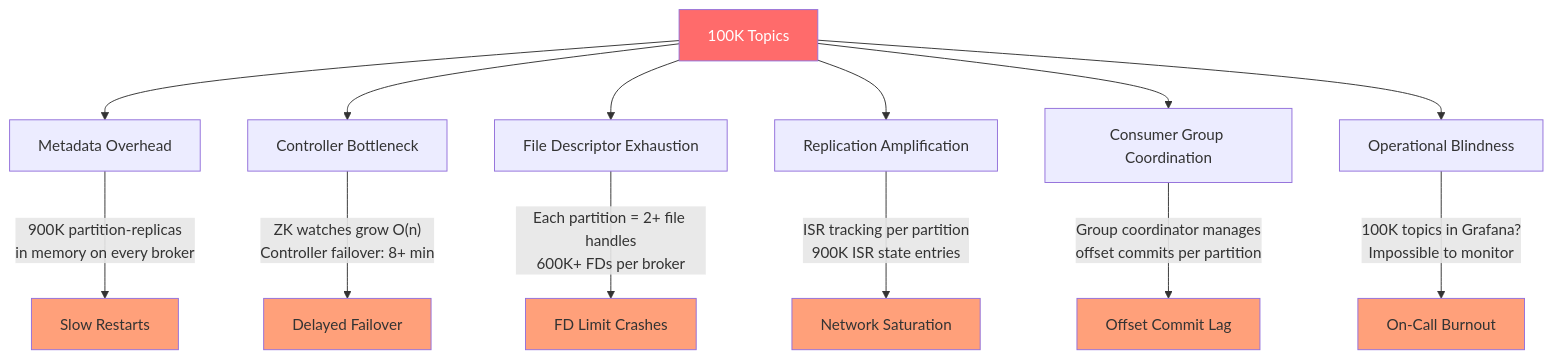
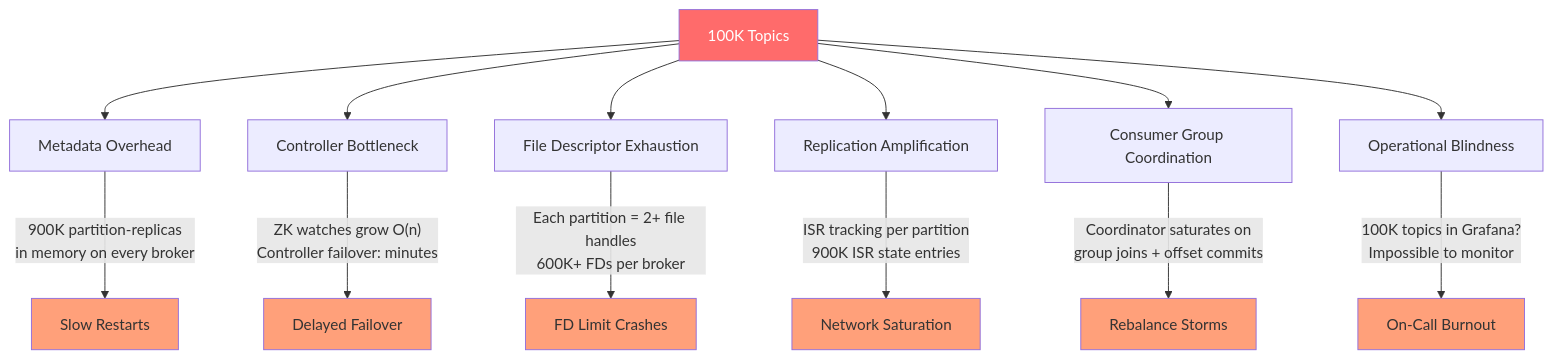
The first of 5 diagrams in src/content/docs/notes/kafka-topic-optimization-interview.md (schadokar/notes), drawn with Mermaid before and after one commit. The commit also changed other lines of this file and 35 other files, not shown here.

````diff
--- a/src/content/docs/notes/kafka-topic-optimization-interview.md
+++ b/src/content/docs/notes/kafka-topic-optimization-interview.md
@@ -173,24 +165,24 @@
 ```mermaid
 graph TD
     TE[100K Topics] --> M[Metadata Overhead]
     TE --> C[Controller Bottleneck]
     TE --> F[File Descriptor Exhaustion]
     TE --> R[Replication Amplification]
     TE --> CG[Consumer Group Coordination]
     TE --> O[Operational Blindness]
 
     M -->|"900K partition-replicas<br>in memory on every broker"| SLOW[Slow Restarts]
-    C -->|"ZK watches grow O(n)<br>Controller failover: 8+ min"| FAIL[Delayed Failover]
+    C -->|"ZK watches grow O(n)<br>Controller failover: minutes"| FAIL[Delayed Failover]
     F -->|"Each partition = 2+ file handles<br>600K+ FDs per broker"| CRASH[FD Limit Crashes]
     R -->|"ISR tracking per partition<br>900K ISR state entries"| NET[Network Saturation]
-    CG -->|"Group coordinator manages<br>offset commits per partition"| LAG[Offset Commit Lag]
+    CG -->|"Coordinator saturates on<br>group joins + offset commits"| LAG[Rebalance Storms]
     O -->|"100K topics in Grafana?<br>Impossible to monitor"| ONCALL[On-Call Burnout]
 
     style TE fill:#ff6b6b,color:#fff
     style SLOW fill:#ffa07a
     style FAIL fill:#ffa07a
     style CRASH fill:#ffa07a
     style NET fill:#ffa07a
     style LAG fill:#ffa07a
     style ONCALL fill:#ffa07a
 ```
````
